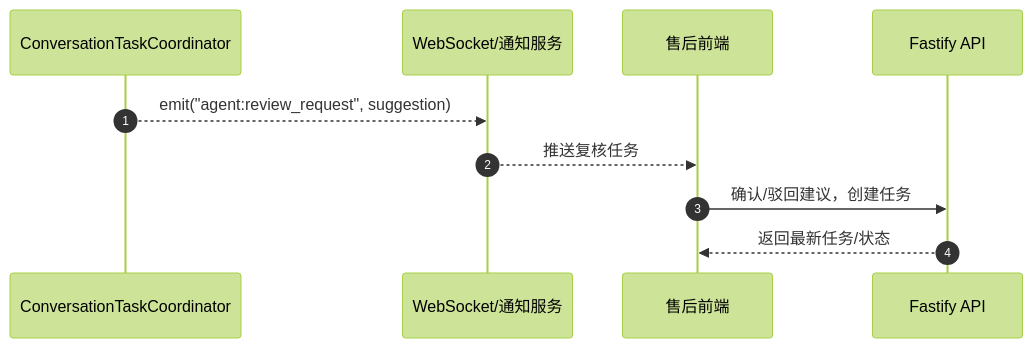
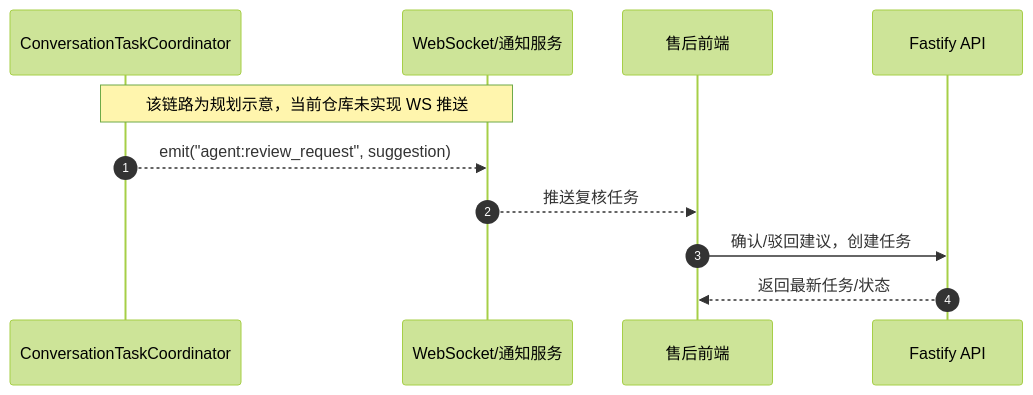
One commit to zqshi/After-sales changed diagram 12 of 12 in backend/tests/事件格式.md. Above: the diagram before and after it, drawn with Mermaid (forest theme). The commit also changed other lines of this file and 43 other files, not shown here.

````diff
--- a/backend/tests/事件格式.md
+++ b/backend/tests/事件格式.md
@@ -599,13 +734,14 @@
 ```mermaid
 sequenceDiagram
   autonumber
   participant CTC as ConversationTaskCoordinator
   participant WS as WebSocket/通知服务
   participant FE as 售后前端
   participant API as Fastify API
 
+  Note over CTC,WS: 该链路为规划示意，当前仓库未实现 WS 推送
   CTC-->>WS: emit("agent:review_request", suggestion)
   WS-->>FE: 推送复核任务
   FE->>API: 确认/驳回建议，创建任务
   API-->>FE: 返回最新任务/状态
 ```
````
